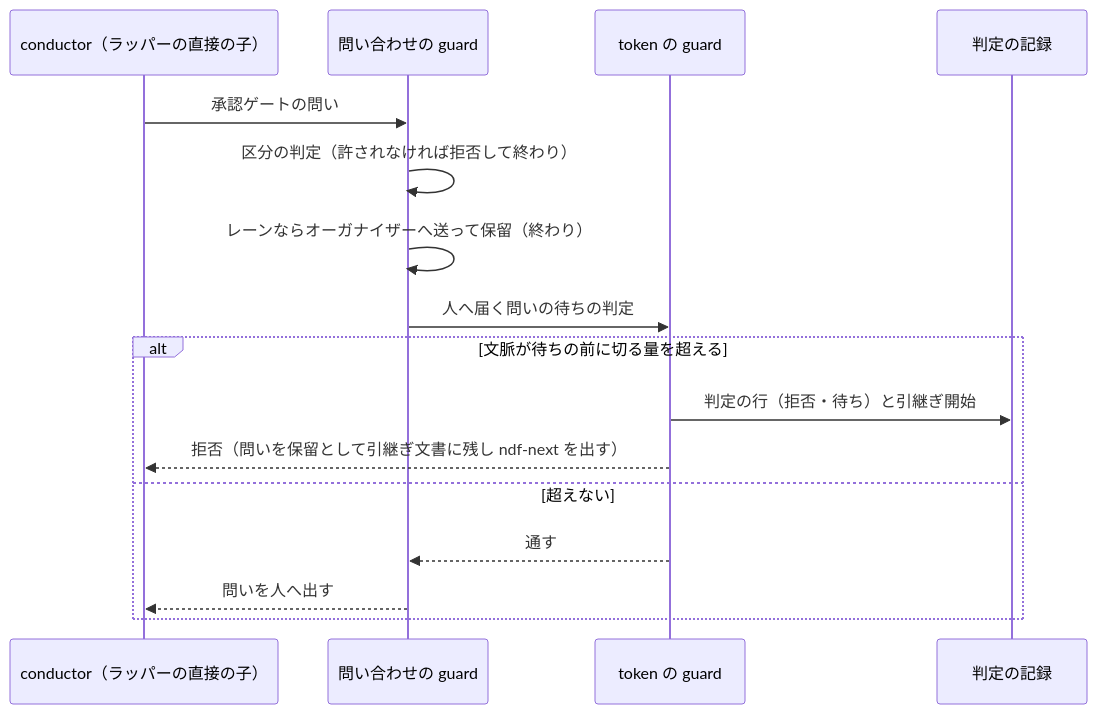
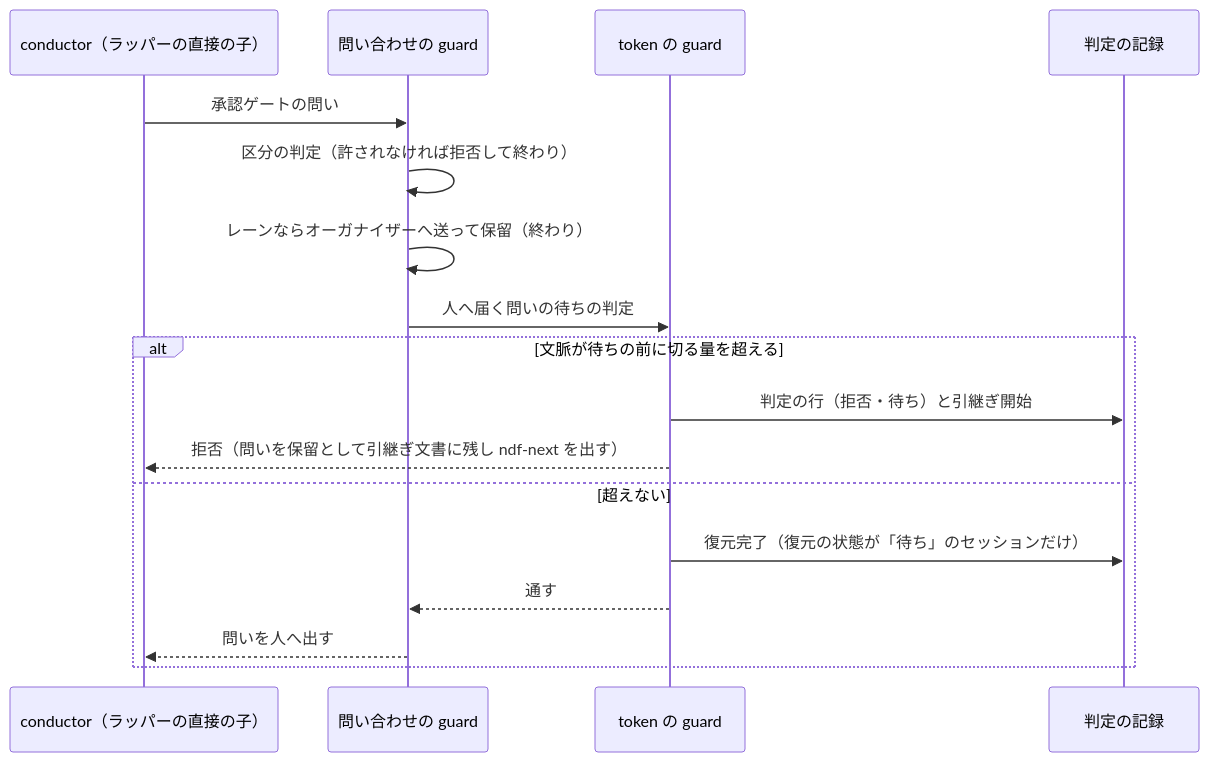
Before and after one commit to devbasex/ai-plugins: the fifth of 5 diagrams in issues/issue-2908-design.md, drawn with Mermaid. The commit also changed other lines of this file, not shown here.

````diff
--- a/issues/issue-2908-design.md
+++ b/issues/issue-2908-design.md
@@ -260,18 +261,19 @@
 ```mermaid
 sequenceDiagram
     participant C as conductor（ラッパーの直接の子）
     participant A as 問い合わせの guard
     participant G as token の guard
     participant L as 判定の記録
     C->>A: 承認ゲートの問い
     A->>A: 区分の判定（許されなければ拒否して終わり）
     A->>A: レーンならオーガナイザーへ送って保留（終わり）
     A->>G: 人へ届く問いの待ちの判定
     alt 文脈が待ちの前に切る量を超える
         G->>L: 判定の行（拒否・待ち）と引継ぎ開始
         G-->>C: 拒否（問いを保留として引継ぎ文書に残し ndf-next を出す）
     else 超えない
+        G->>L: 復元完了（復元の状態が「待ち」のセッションだけ）
         G-->>A: 通す
         A-->>C: 問いを人へ出す
     end
 ```
````
